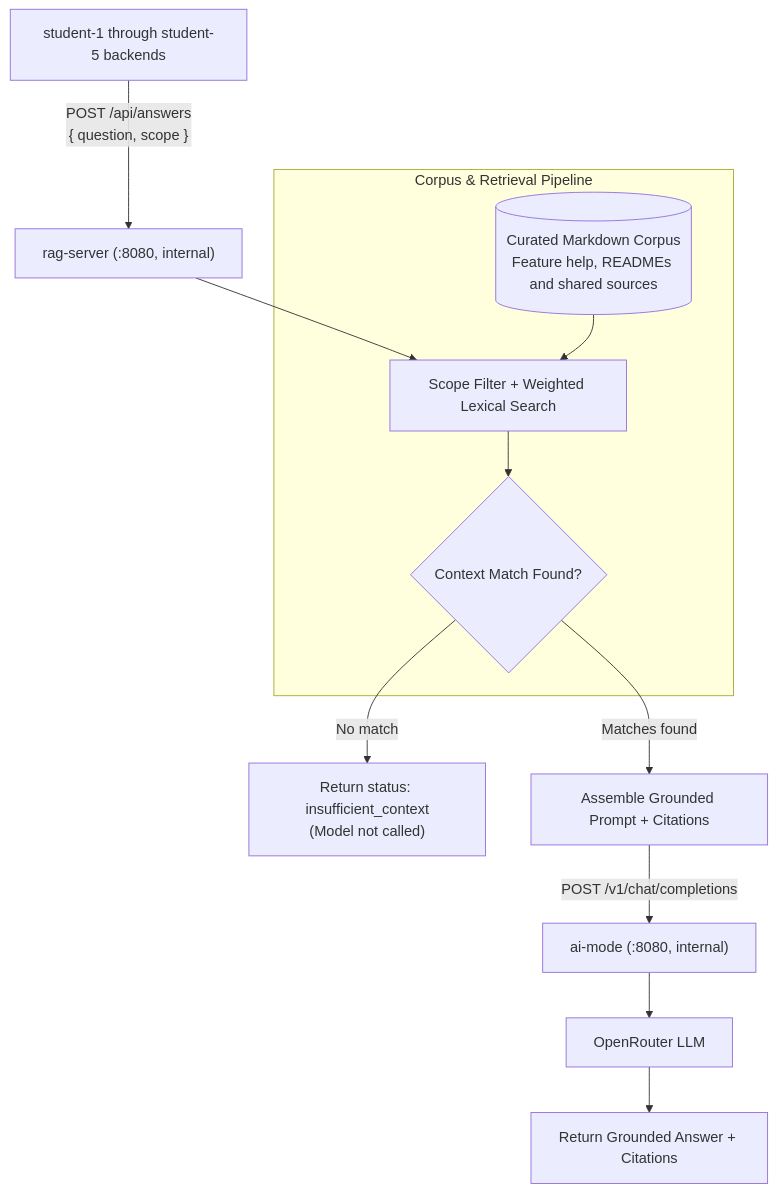
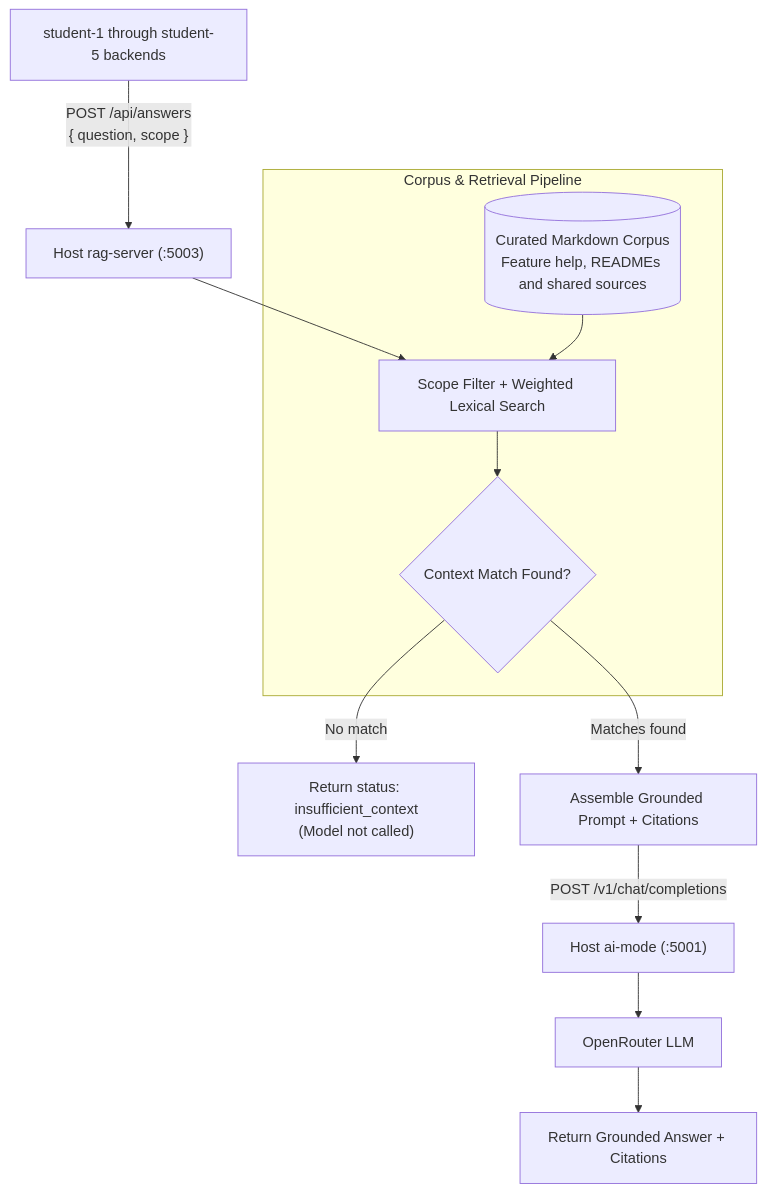
Before and after one commit to AmAComputerNerd/41026--software-development-project: the diagram in ai-services/rag-server/README.md, drawn with Mermaid. The commit also changed other lines of this file and 23 other files, not shown here.

````diff
--- a/ai-services/rag-server/README.md
+++ b/ai-services/rag-server/README.md
@@ -9,19 +9,19 @@
 ```mermaid
 flowchart TD
-    Client["student-1 through student-5 backends"] -- "POST /api/answers<br>{ question, scope }" --> RAG["rag-server (:8080, internal)"]
+    Client["student-1 through student-5 backends"] -- "POST /api/answers<br>{ question, scope }" --> RAG["Host rag-server (:5003)"]
 
     subgraph Indexing["Corpus & Retrieval Pipeline"]
         Corpus[("Curated Markdown Corpus<br>Feature help, READMEs and shared sources")]
         LexicalSearch["Scope Filter + Weighted Lexical Search"]
         ContextCheck{"Context Match Found?"}
     end
 
     RAG --> LexicalSearch
     Corpus --> LexicalSearch
     LexicalSearch --> ContextCheck
     ContextCheck -- "No match" --> Insufficient["Return status: insufficient_context<br>(Model not called)"]
     ContextCheck -- "Matches found" --> Prompt["Assemble Grounded Prompt + Citations"]
-    Prompt -- "POST /v1/chat/completions" --> AIM["ai-mode (:8080, internal)"]
+    Prompt -- "POST /v1/chat/completions" --> AIM["Host ai-mode (:5001)"]
     AIM --> OpenRouter["OpenRouter LLM"]
     OpenRouter --> Answer["Return Grounded Answer + Citations"]
 ```
````
